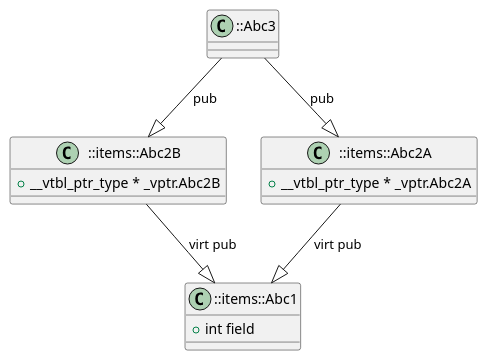
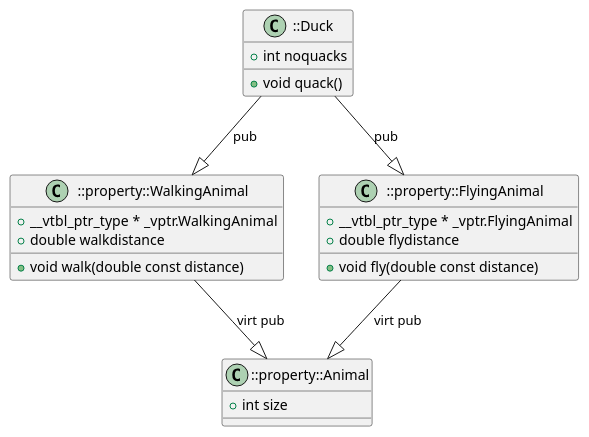
The diagram in examples/inheritgraph/inherit_diamond2.cpp.puml (anetczuk/gcc-uml), drawn with PlantUML before and after one commit. The commit also changed 8 other files, not shown here.

```diff
--- a/examples/inheritgraph/inherit_diamond2.cpp.puml
+++ b/examples/inheritgraph/inherit_diamond2.cpp.puml
@@ -1,24 +1,30 @@
 @startuml
 
-class "::Abc3" as item_0 {
+class "::Duck" as item_0 {
+    {field} + int noquacks
+    {method} + void quack() 
 }
-class "::items::Abc2B" as item_1 {
-    {field} + __vtbl_ptr_type * _vptr.Abc2B
+class "::property::WalkingAnimal" as item_1 {
+    {field} + __vtbl_ptr_type * _vptr.WalkingAnimal
+    {field} + double walkdistance
+    {method} + void walk(double const distance) 
 }
-class "::items::Abc2A" as item_2 {
-    {field} + __vtbl_ptr_type * _vptr.Abc2A
+class "::property::FlyingAnimal" as item_2 {
+    {field} + __vtbl_ptr_type * _vptr.FlyingAnimal
+    {field} + double flydistance
+    {method} + void fly(double const distance) 
 }
-class "::items::Abc1" as item_3 {
-    {field} + int field
+class "::property::Animal" as item_3 {
+    {field} + int size
 }
 
-' ::Abc3 --|> ::items::Abc2A
+' ::Duck --|> ::property::FlyingAnimal
 item_0 --|> item_2: "pub"
-' ::Abc3 --|> ::items::Abc2B
+' ::Duck --|> ::property::WalkingAnimal
 item_0 --|> item_1: "pub"
-' ::items::Abc2B --|> ::items::Abc1
+' ::property::WalkingAnimal --|> ::property::Animal
 item_1 --|> item_3: "virt pub"
-' ::items::Abc2A --|> ::items::Abc1
+' ::property::FlyingAnimal --|> ::property::Animal
 item_2 --|> item_3: "virt pub"
 
 @enduml
```
